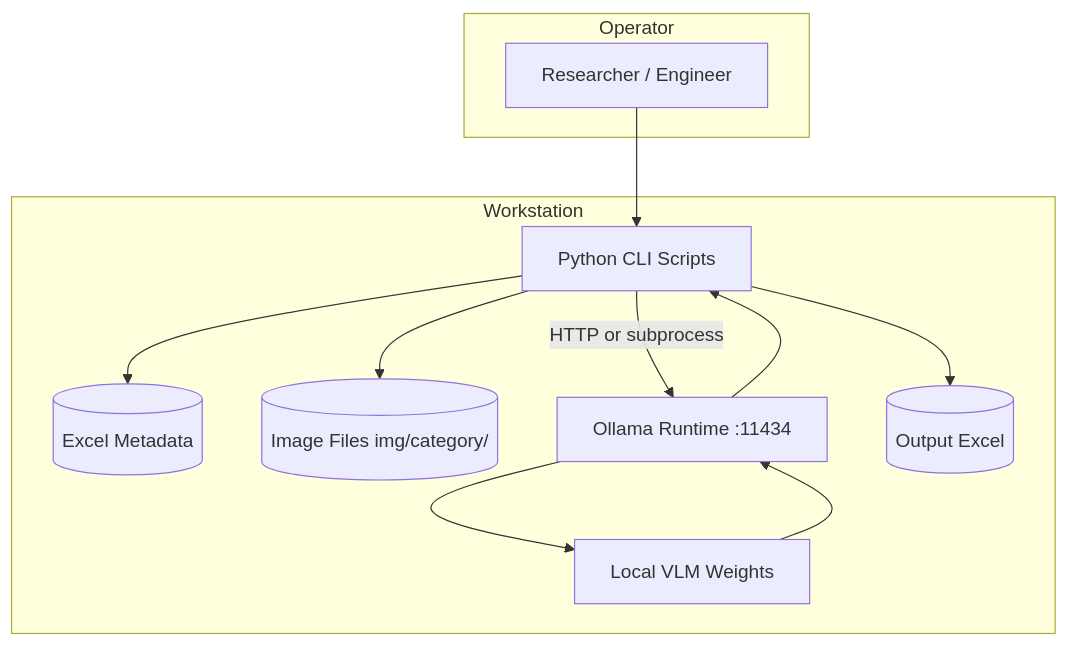
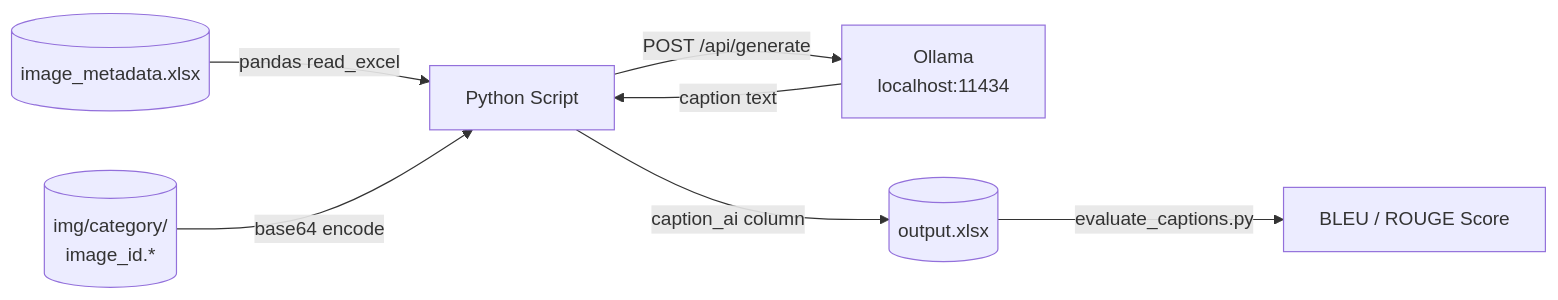
Before and after one commit to ohamed/image-captioning: the first of 3 diagrams in readme.md, drawn with Mermaid. The commit also changed other lines of this file, not shown here.

````diff
--- a/readme.md
+++ b/readme.md
@@ -79,19 +13,9 @@
 ```mermaid
-flowchart TB
-    subgraph Operator
-        U[Researcher / Engineer]
-    end
-    subgraph Workstation
-        PY[Python CLI Scripts]
-        XLS[(Excel Metadata)]
-        IMG[(Image Files img/category/)]
-        PY --> XLS
-        PY --> IMG
-        PY -->|HTTP or subprocess| OLL[Ollama Runtime :11434]
-        OLL --> VLM[Local VLM Weights]
-        VLM --> OLL
-        OLL --> PY
-        PY --> OUT[(Output Excel)]
-    end
-    U --> PY
+flowchart LR
+    XLS[(image_metadata.xlsx)] -->|pandas read_excel| PY[Python Script]
+    IMG[(img/category/\nimage_id.*)] -->|base64 encode| PY
+    PY -->|POST /api/generate| OLL[Ollama\nlocalhost:11434]
+    OLL -->|caption text| PY
+    PY -->|caption_ai column| OUT[(output.xlsx)]
+    OUT -->|evaluate_captions.py| EVAL[BLEU / ROUGE Score]
 ```
````
